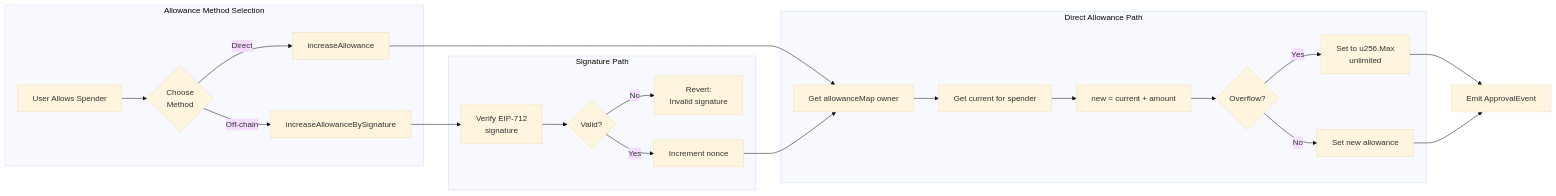
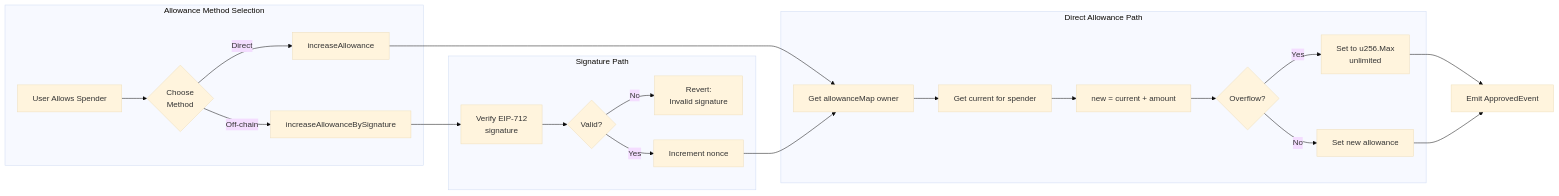
Before and after one commit to btc-vision/btc-runtime: the fourth of 6 diagrams in docs/api-reference/op20.md, drawn with Mermaid (base theme). The commit also changed other lines of this file and 30 other files, not shown here.

````diff
--- a/docs/api-reference/op20.md
+++ b/docs/api-reference/op20.md
@@ -340,28 +489,28 @@
 ```mermaid
 flowchart LR
     subgraph "Allowance Method Selection"
         A[User Allows Spender] --> B{Choose<br/>Method}
         B -->|Direct| C[increaseAllowance]
         B -->|Off-chain| D[increaseAllowanceBySignature]
     end
 
     subgraph "Direct Allowance Path"
         C --> E[Get allowanceMap owner]
         E --> F[Get current for spender]
         F --> G[new = current + amount]
         G --> H{Overflow?}
         H -->|Yes| I[Set to u256.Max<br/>unlimited]
         H -->|No| J[Set new allowance]
     end
 
     subgraph "Signature Path"
         D --> L[Verify EIP-712<br/>signature]
         L --> M{Valid?}
         M -->|No| N[Revert:<br/>Invalid signature]
         M -->|Yes| O[Increment nonce]
         O --> E
     end
 
-    I --> K[Emit ApprovalEvent]
+    I --> K[Emit ApprovedEvent]
     J --> K
 ```
````
